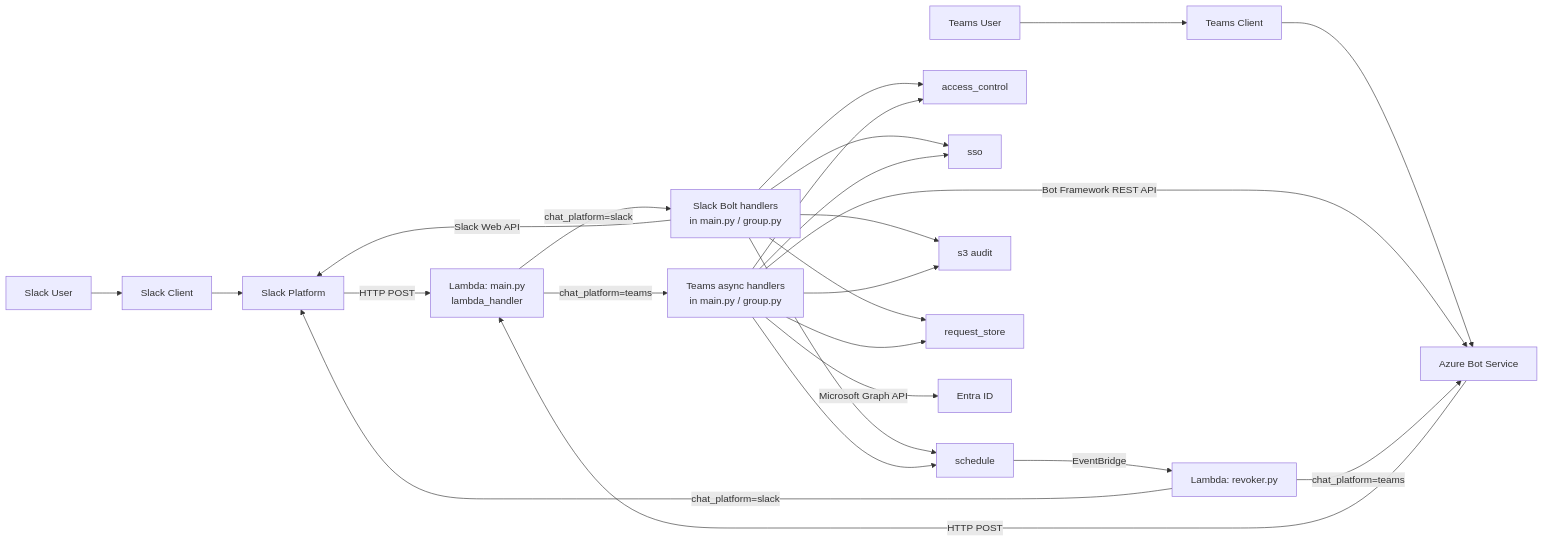
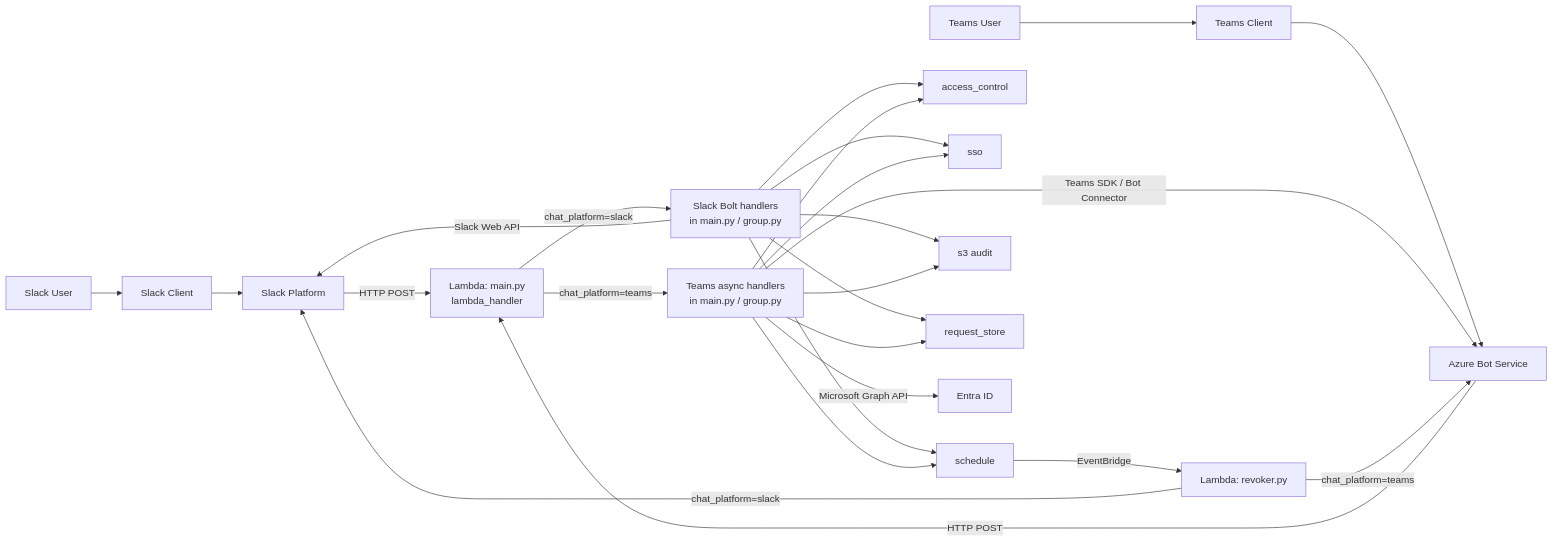
The second of 4 diagrams in .kiro/specs/teams-messaging-integration/design.md (fivexl/terraform-aws-sso-elevator), drawn with Mermaid before and after one commit. The commit also changed other lines of this file and 16 other files, not shown here.

````diff
--- a/.kiro/specs/teams-messaging-integration/design.md
+++ b/.kiro/specs/teams-messaging-integration/design.md
@@ -42,33 +42,33 @@
 ```mermaid
 graph LR
     U1[Slack User] --> SC[Slack Client]
     SC --> SP[Slack Platform]
 
     U2[Teams User] --> TC[Teams Client]
     TC --> ABS[Azure Bot Service]
 
     SP -->|HTTP POST| LH[Lambda: main.py<br/>lambda_handler]
     ABS -->|HTTP POST| LH
 
     LH -->|chat_platform=slack| SLH[Slack Bolt handlers<br/>in main.py / group.py]
     LH -->|chat_platform=teams| TLH[Teams async handlers<br/>in main.py / group.py]
 
     SLH --> AC[access_control]
     TLH --> AC
     SLH --> SSO[sso]
     TLH --> SSO
     SLH --> SCH[schedule]
     TLH --> SCH
     SLH --> S3[s3 audit]
     TLH --> S3
     SLH --> RS[request_store]
     TLH --> RS
 
     SLH -->|Slack Web API| SP
-    TLH -->|Bot Framework REST API| ABS
+    TLH -->|Teams SDK / Bot Connector| ABS
     TLH -->|Microsoft Graph API| GRAPH[Entra ID]
 
     SCH -->|EventBridge| REV[Lambda: revoker.py]
     REV -->|chat_platform=slack| SP
     REV -->|chat_platform=teams| ABS
 ```
````
